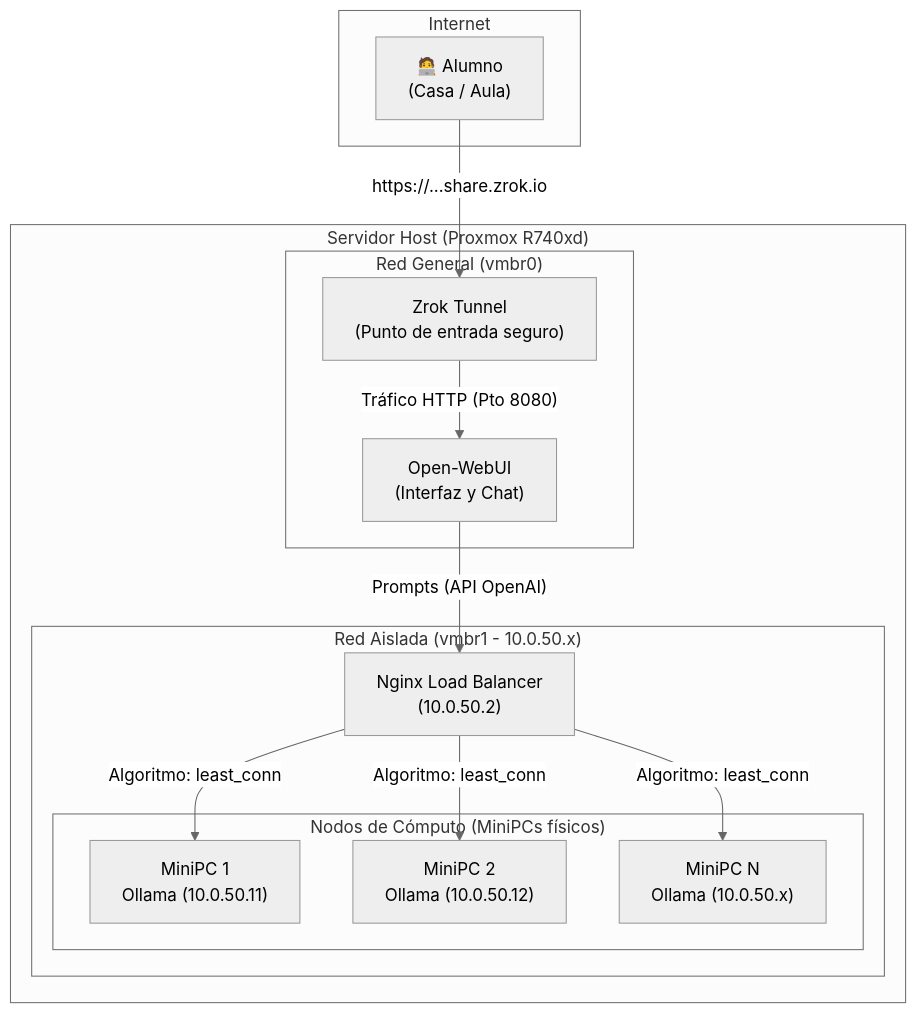
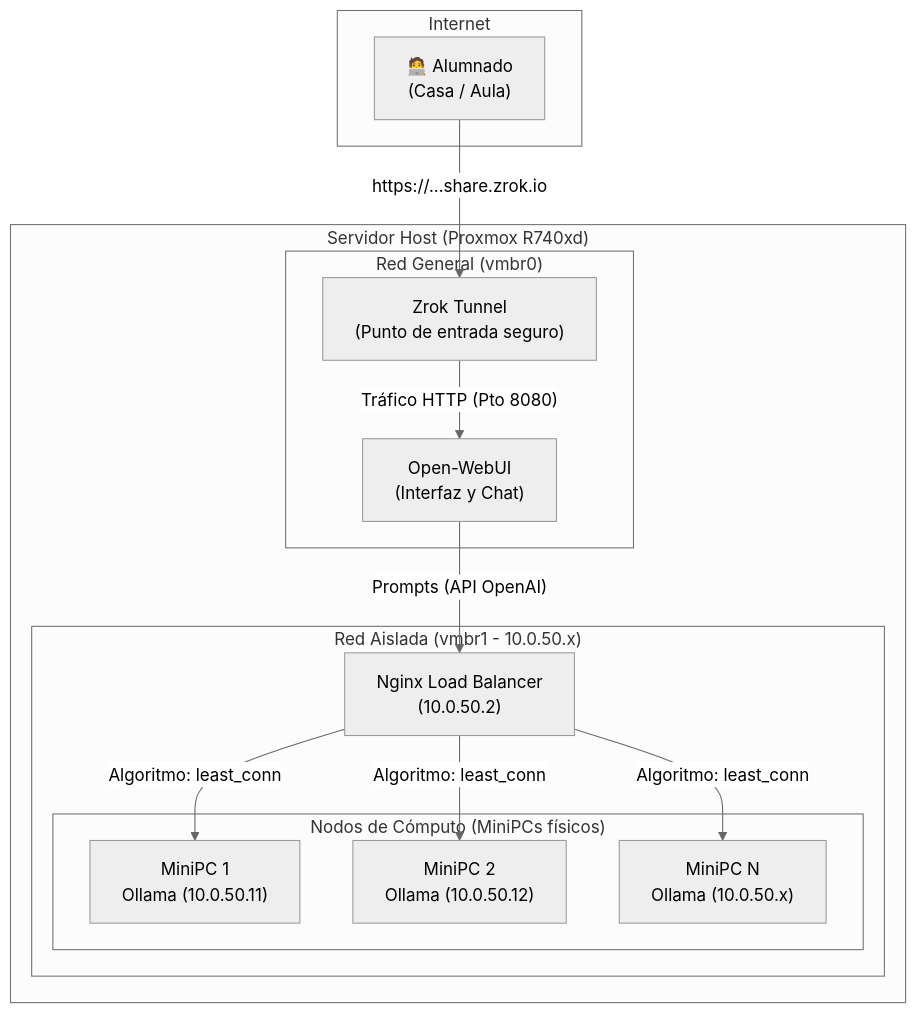
The diagram in README.md (iesamachado/giomAI), drawn with Mermaid (neutral theme) before and after one commit. The commit also changed other lines of this file and 4 other files, not shown here.

````diff
--- a/README.md
+++ b/README.md
@@ -63,30 +63,30 @@
 ```mermaid
 flowchart TD
     subgraph Internet
-        Alumno["🧑‍💻 Alumno\n(Casa / Aula)"]
+        Alumno["🧑‍💻 Alumnado\n(Casa / Aula)"]
     end
 
     subgraph "Servidor Host (Proxmox R740xd)"
         subgraph "Red General (vmbr0)"
             Zrok["Zrok Tunnel\n(Punto de entrada seguro)"]
             WebUI["Open-WebUI\n(Interfaz y Chat)"]
         end
         
         subgraph "Red Aislada (vmbr1 - 10.0.50.x)"
             Balancer["Nginx Load Balancer\n(10.0.50.2)"]
             
             subgraph "Nodos de Cómputo (MiniPCs físicos)"
                 Node1["MiniPC 1\nOllama (10.0.50.11)"]
                 Node2["MiniPC 2\nOllama (10.0.50.12)"]
                 NodeN["MiniPC N\nOllama (10.0.50.x)"]
             end
         end
     end
 
     Alumno -- "https://...share.zrok.io" --> Zrok
     Zrok -- "Tráfico HTTP (Pto 8080)" --> WebUI
     WebUI -- "Prompts (API OpenAI)" --> Balancer
     Balancer -- "Algoritmo: least_conn" --> Node1
     Balancer -- "Algoritmo: least_conn" --> Node2
     Balancer -- "Algoritmo: least_conn" --> NodeN
 ```
````
